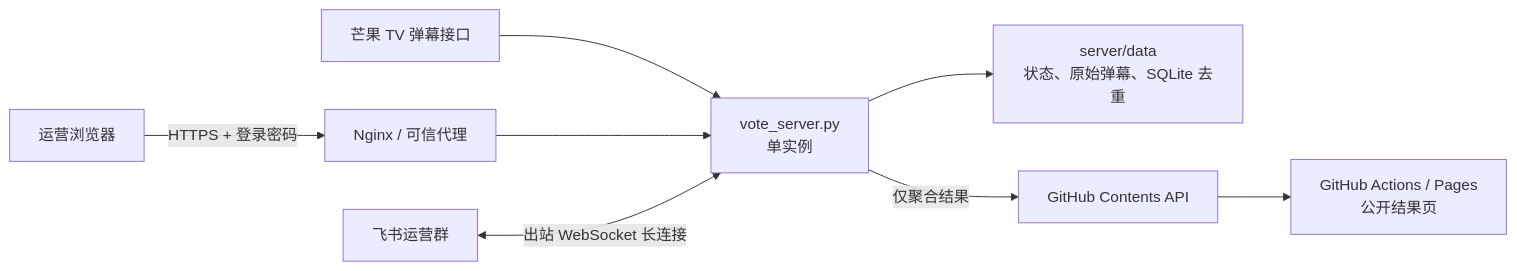
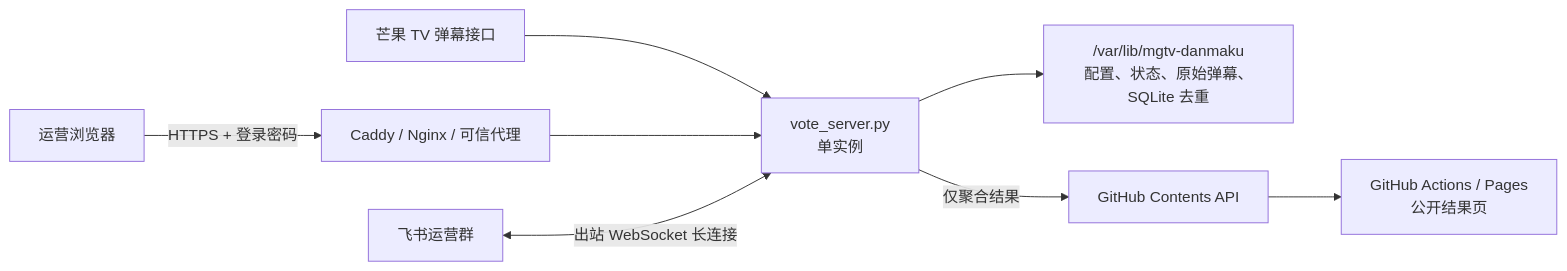
Before and after one commit to PYXXXX/MangoTV_Danmaku: the diagram in docs/DEPLOYMENT.md, drawn with Mermaid. The commit also changed other lines of this file and 11 other files, not shown here.

```diff
--- a/docs/DEPLOYMENT.md
+++ b/docs/DEPLOYMENT.md
@@ -11,10 +11,10 @@
 ~~~mermaid
 flowchart LR
     MGTV["芒果 TV 弹幕接口"] --> SVC["vote_server.py<br/>单实例"]
-    OP["运营浏览器"] -->|HTTPS + 登录密码| NGINX["Nginx / 可信代理"]
+    OP["运营浏览器"] -->|HTTPS + 登录密码| NGINX["Caddy / Nginx / 可信代理"]
     NGINX --> SVC
     FS["飞书运营群"] <-->|出站 WebSocket 长连接| SVC
-    SVC --> DATA["server/data<br/>状态、原始弹幕、SQLite 去重"]
+    SVC --> DATA["/var/lib/mgtv-danmaku<br/>配置、状态、原始弹幕、SQLite 去重"]
     SVC -->|仅聚合结果| GH["GitHub Contents API"]
     GH --> PAGES["GitHub Actions / Pages<br/>公开结果页"]
 ~~~
```
